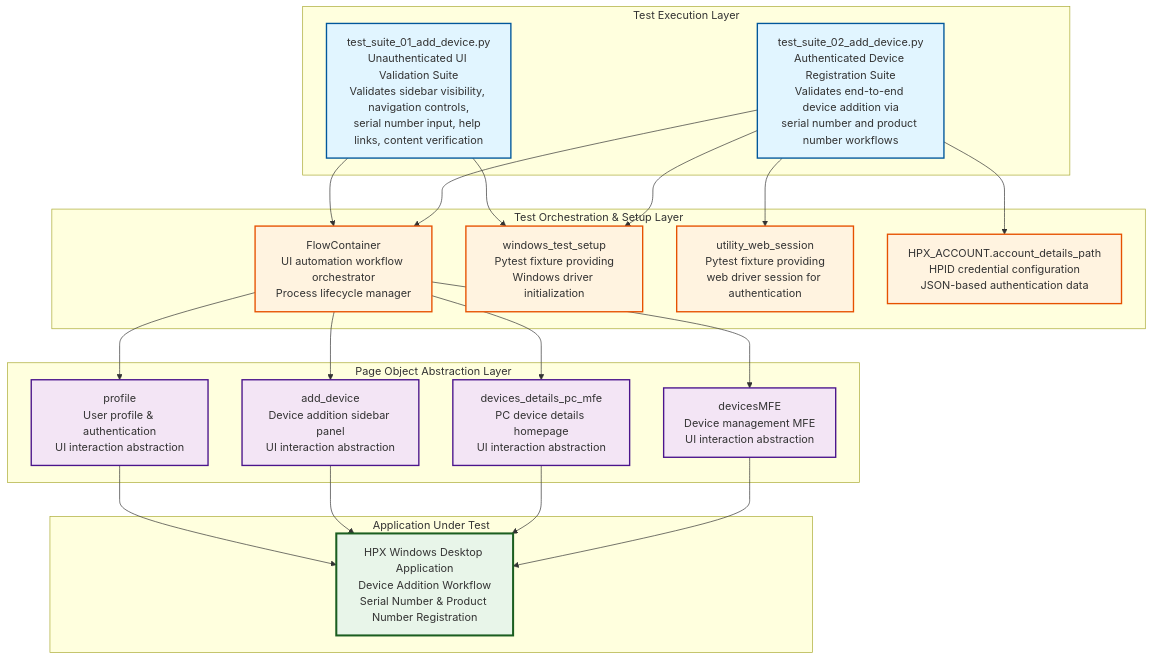
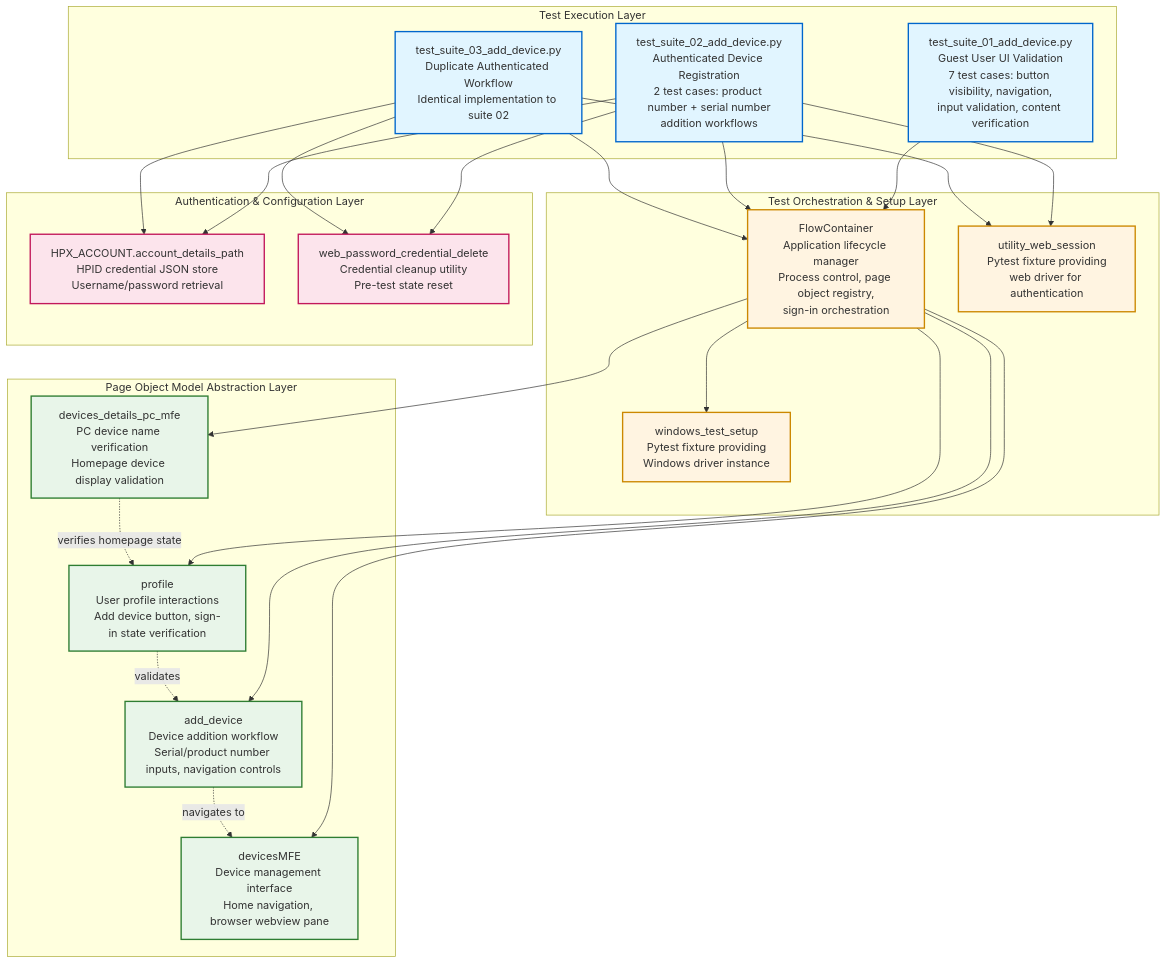
The diagram in Index_by_API/Docs/codebase_master_architecture_part_1.md (karthikeyansubhash/mobileappsrepo), drawn with Mermaid before and after one commit. The commit also changed other lines of this file, not shown here.

Commit message:
Master Codebase Architecture Report Part 1

````diff
--- a/Index_by_API/Docs/codebase_master_architecture_part_1.md
+++ b/Index_by_API/Docs/codebase_master_architecture_part_1.md
@@ -36,54 +37,57 @@
 ```mermaid
 graph TB
     subgraph "Test Execution Layer"
-        TS1["test_suite_01_add_device.py<br/>Unauthenticated UI Validation Suite<br/>Validates sidebar visibility, navigation controls,<br/>serial number input, help links, content verification"]
-        TS2["test_suite_02_add_device.py<br/>Authenticated Device Registration Suite<br/>Validates end-to-end device addition via<br/>serial number and product number workflows"]
+        TS01[test_suite_01_add_device.py<br/>Guest User UI Validation<br/>7 test cases: button visibility, navigation,<br/>input validation, content verification]
+        TS02[test_suite_02_add_device.py<br/>Authenticated Device Registration<br/>2 test cases: product number + serial number<br/>addition workflows]
+        TS03[test_suite_03_add_device.py<br/>Duplicate Authenticated Workflow<br/>Identical implementation to suite 02]
     end
 
     subgraph "Test Orchestration & Setup Layer"
-        FC["FlowContainer<br/>UI automation workflow orchestrator<br/>Process lifecycle manager"]
-        WTS["windows_test_setup<br/>Pytest fixture providing<br/>Windows driver initialization"]
-        UWS["utility_web_session<br/>Pytest fixture providing<br/>web driver session for authentication"]
-        HPID["HPX_ACCOUNT.account_details_path<br/>HPID credential configuration<br/>JSON-based authentication data"]
+        FC[FlowContainer<br/>Application lifecycle manager<br/>Process control, page object registry,<br/>sign-in orchestration]
+        WTS[windows_test_setup<br/>Pytest fixture providing<br/>Windows driver instance]
+        UWS[utility_web_session<br/>Pytest fixture providing<br/>web driver for authentication]
     end
 
-    subgraph "Page Object Abstraction Layer"
-        PROFILE["profile<br/>User profile & authentication<br/>UI interaction abstraction"]
-        ADD_DEV["add_device<br/>Device addition sidebar panel<br/>UI interaction abstraction"]
-        DEV_DET["devices_details_pc_mfe<br/>PC device details homepage<br/>UI interaction abstraction"]
-        DEV_MFE["devicesMFE<br/>Device management MFE<br/>UI interaction abstraction"]
+    subgraph "Page Object Model Abstraction Layer"
+        PROF[profile<br/>User profile interactions<br/>Add device button, sign-in state verification]
+        ADD[add_device<br/>Device addition workflow<br/>Serial/product number inputs, navigation controls]
+        DDPC[devices_details_pc_mfe<br/>PC device name verification<br/>Homepage device display validation]
+        DMFE[devicesMFE<br/>Device management interface<br/>Home navigation, browser webview pane]
     end
 
-    subgraph "Application Under Test"
-        HPX["HPX Windows Desktop Application<br/>Device Addition Workflow<br/>Serial Number & Product Number Registration"]
+    subgraph "Authentication & Configuration Layer"
+        HPID[HPX_ACCOUNT.account_details_path<br/>HPID credential JSON store<br/>Username/password retrieval]
+        CRED[web_password_credential_delete<br/>Credential cleanup utility<br/>Pre-test state reset]
     end
 
-    TS1 --> FC
-    TS1 --> WTS
-    TS2 --> FC
-    TS2 --> WTS
-    TS2 --> UWS
-    TS2 --> HPID
+    TS01 --> FC
+    TS02 --> FC
+    TS02 --> UWS
+    TS03 --> FC
+    TS03 --> UWS
+    
+    FC --> WTS
+    FC --> PROF
+    FC --> ADD
+    FC --> DDPC
+    FC --> DMFE
+    
+    TS02 --> HPID
+    TS03 --> HPID
+    TS02 --> CRED
+    TS03 --> CRED
+    
+    PROF -.->|validates| ADD
+    ADD -.->|navigates to| DMFE
+    DDPC -.->|verifies homepage state| PROF
 
-    FC --> PROFILE
-    FC --> ADD_DEV
-    FC --> DEV_DET
-    FC --> DEV_MFE
-
-    PROFILE --> HPX
-    ADD_DEV --> HPX
-    DEV_DET --> HPX
-    DEV_MFE --> HPX
-
-    style TS1 fill:#e1f5ff,stroke:#01579b,stroke-width:2px
-    style TS2 fill:#e1f5ff,stroke:#01579b,stroke-width:2px
-    style FC fill:#fff3e0,stroke:#e65100,stroke-width:2px
-    style WTS fill:#fff3e0,stroke:#e65100,stroke-width:2px
-    style UWS fill:#fff3e0,stroke:#e65100,stroke-width:2px
-    style HPID fill:#fff3e0,stroke:#e65100,stroke-width:2px
-    style PROFILE fill:#f3e5f5,stroke:#4a148c,stroke-width:2px
-    style ADD_DEV fill:#f3e5f5,stroke:#4a148c,stroke-width:2px
-    style DEV_DET fill:#f3e5f5,stroke:#4a148c,stroke-width:2px
-    style DEV_MFE fill:#f3e5f5,stroke:#4a148c,stroke-width:2px
-    style HPX fill:#e8f5e9,stroke:#1b5e20,stroke-width:3px
+    classDef testSuite fill:#e1f5ff,stroke:#0066cc,stroke-width:2px
+    classDef orchestration fill:#fff4e1,stroke:#cc8800,stroke-width:2px
+    classDef pageObject fill:#e8f5e9,stroke:#2e7d32,stroke-width:2px
+    classDef config fill:#fce4ec,stroke:#c2185b,stroke-width:2px
+    
+    class TS01,TS02,TS03 testSuite
+    class FC,WTS,UWS orchestration
+    class PROF,ADD,DDPC,DMFE pageObject
+    class HPID,CRED config
 ```
````
